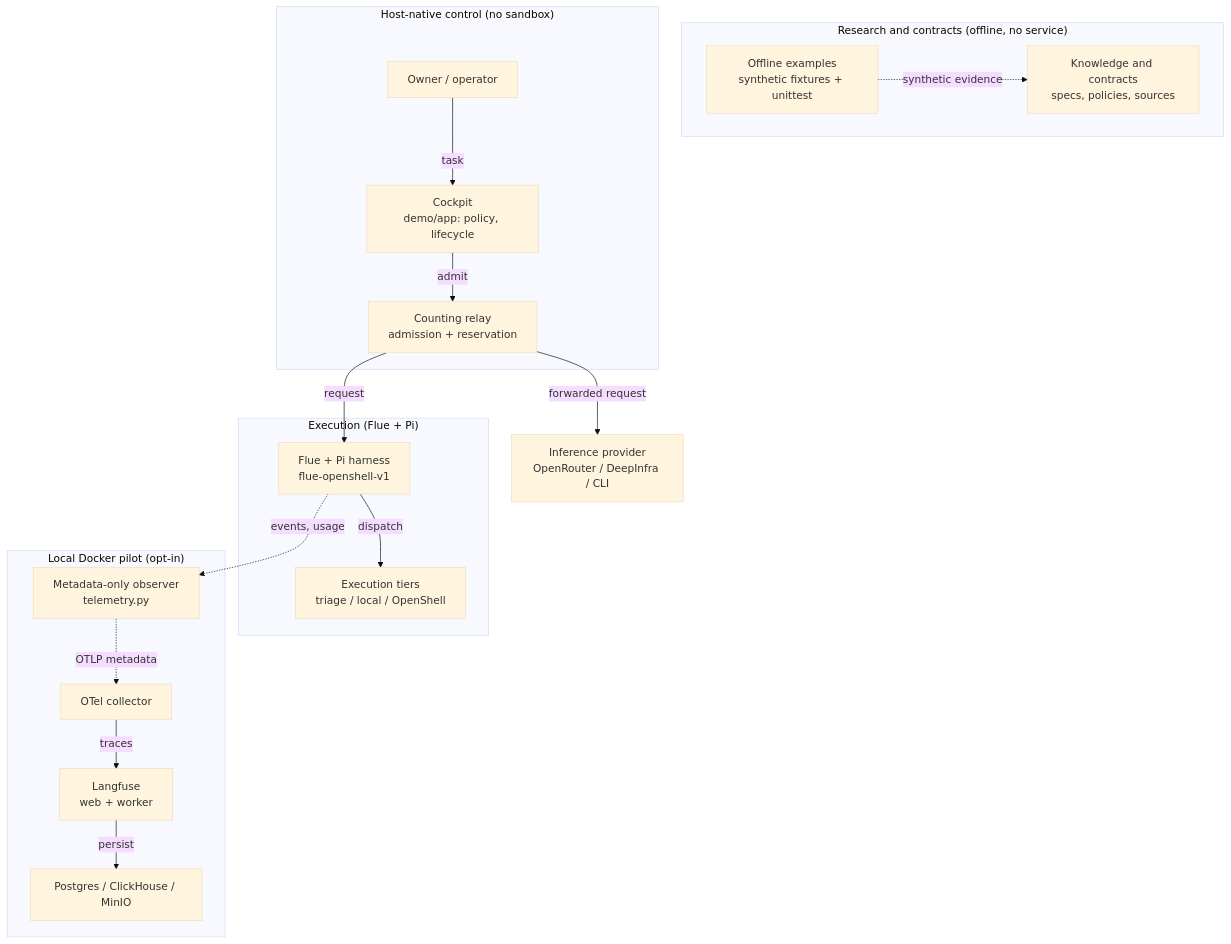
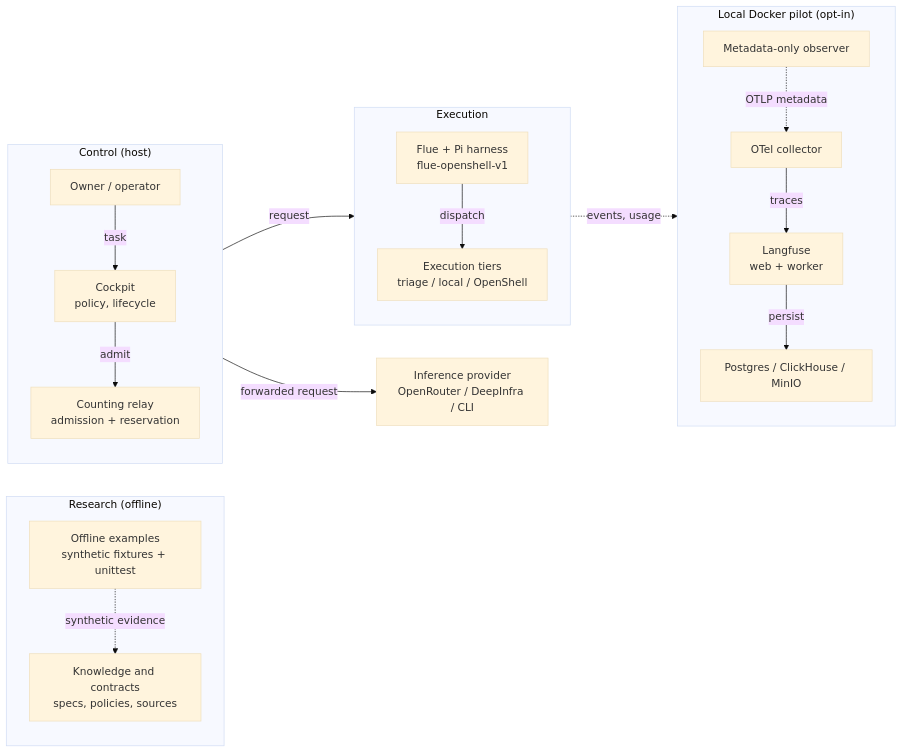
Before and after one commit to OualidGuennif/aeion-observability: the diagram in docs/architecture/high-level.md, drawn with Mermaid (base theme).

Commit message:
Refine the high-level diagram layout

````diff
--- a/docs/architecture/high-level.md
+++ b/docs/architecture/high-level.md
@@ -7,33 +7,30 @@
 ```mermaid
-flowchart TB
-    subgraph research["Research and contracts (offline, no service)"]
+flowchart LR
+    subgraph research["Research (offline)"]
+        direction TB
         K[Knowledge and contracts<br/>specs, policies, sources]
         O[Offline examples<br/>synthetic fixtures + unittest]
         O -. synthetic evidence .-> K
     end
 
-    subgraph control["Host-native control (no sandbox)"]
-        U[Owner / operator] -->|task| C[Cockpit<br/>demo/app: policy, lifecycle]
+    subgraph control["Control (host)"]
+        direction TB
+        U[Owner / operator] -->|task| C[Cockpit<br/>policy, lifecycle]
         C -->|admit| R[Counting relay<br/>admission + reservation]
     end
 
-    subgraph execution["Execution (Flue + Pi)"]
-        H[Flue + Pi harness<br/>flue-openshell-v1]
-        T[Execution tiers<br/>triage / local / OpenShell]
-        H -->|dispatch| T
+    subgraph exec["Execution"]
+        direction TB
+        H[Flue + Pi harness<br/>flue-openshell-v1] -->|dispatch| T[Execution tiers<br/>triage / local / OpenShell]
+    end
+
+    subgraph obs["Local Docker pilot (opt-in)"]
+        direction TB
+        OB[Metadata-only observer] -. OTLP metadata .-> COL[OTel collector]
+        COL -->|traces| LF[Langfuse<br/>web + worker] -->|persist| ST[Postgres / ClickHouse / MinIO]
     end
 
     R -->|request| H
     R -->|forwarded request| P[Inference provider<br/>OpenRouter / DeepInfra / CLI]
-
-    subgraph telemetry["Local Docker pilot (opt-in)"]
-        OB[Metadata-only observer<br/>telemetry.py]
-        COL[OTel collector]
-        LF[Langfuse<br/>web + worker]
-        ST[Postgres / ClickHouse / MinIO]
-        COL -->|traces| LF -->|persist| ST
-    end
-
     H -. events, usage .-> OB
-    OB -. OTLP metadata .-> COL
 ```
````
